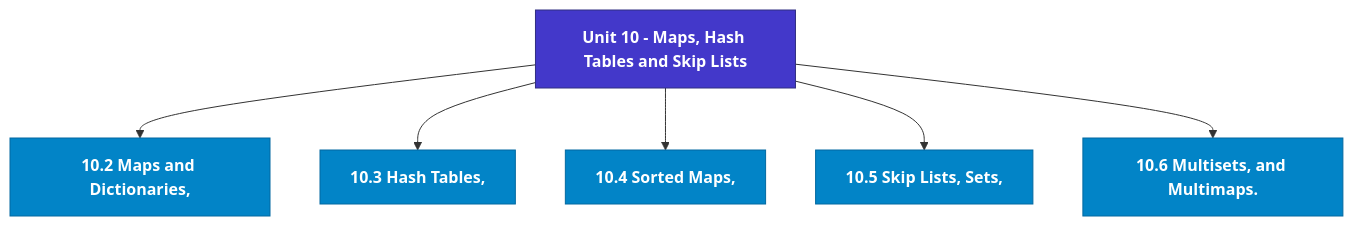
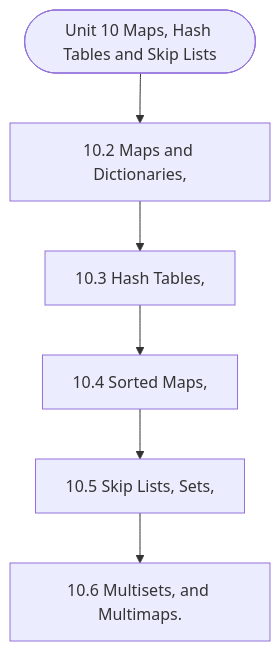
The diagram in notes/Semester_1/MCS-063_Data_Structures_using_Python/unit_10_Maps,_Hash_Tables_and_Skip_Lists.md (Asutosh-Coaching/mscdsa), drawn with Mermaid before and after one commit. The commit also changed other lines of this file and 115 other files, not shown here.

Commit message:
Fix Mermaid layout for mobile, isolate LaTeX delimiters, and add GitHub Pages reader

````diff
--- a/notes/Semester_1/MCS-063_Data_Structures_using_Python/unit_10_Maps,_Hash_Tables_and_Skip_Lists.md
+++ b/notes/Semester_1/MCS-063_Data_Structures_using_Python/unit_10_Maps,_Hash_Tables_and_Skip_Lists.md
@@ -19,19 +19,14 @@
 ```mermaid
 flowchart TD
-  %% Styling Definitions
-  classDef head fill:#4338ca,stroke:#312e81,color:#ffffff,font-weight:bold;
-  classDef topic fill:#0284c7,stroke:#0369a1,color:#ffffff,font-weight:600;
-  classDef sub fill:#1e293b,stroke:#475569,color:#f8fafc;
-
-  Root["Unit 10 - Maps, Hash Tables and Skip Lists"]:::head
-  M1["10.2 Maps and Dictionaries,"]:::topic
-  Root --> M1
-  M2["10.3 Hash Tables,"]:::topic
-  Root --> M2
-  M3["10.4 Sorted Maps,"]:::topic
-  Root --> M3
-  M4["10.5 Skip Lists, Sets,"]:::topic
-  Root --> M4
-  M5["10.6 Multisets, and Multimaps."]:::topic
-  Root --> M5
+  Start(["Unit 10 Maps, Hash Tables and Skip Lists"])
+  N1["10.2 Maps and Dictionaries,"]
+  N2["10.3 Hash Tables,"]
+  N3["10.4 Sorted Maps,"]
+  N4["10.5 Skip Lists, Sets,"]
+  N5["10.6 Multisets, and Multimaps."]
+  Start --> N1
+  N1 --> N2
+  N2 --> N3
+  N3 --> N4
+  N4 --> N5
 ```
````
